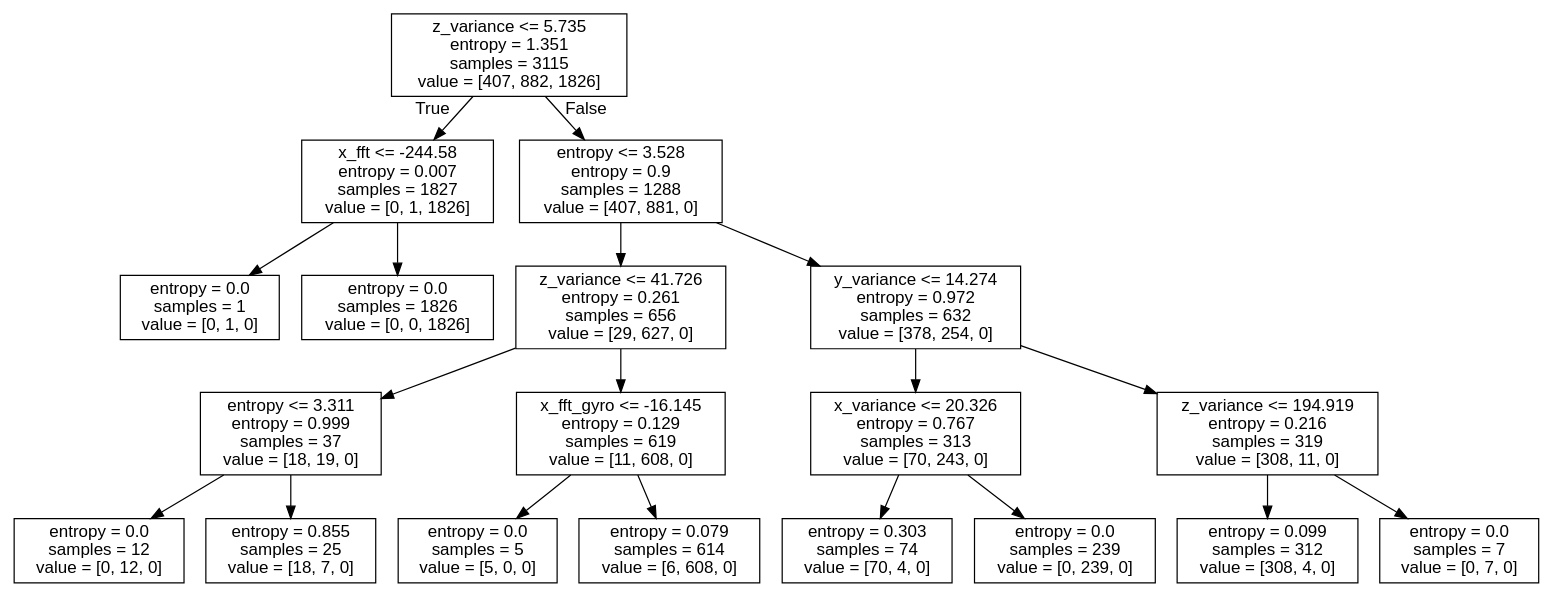
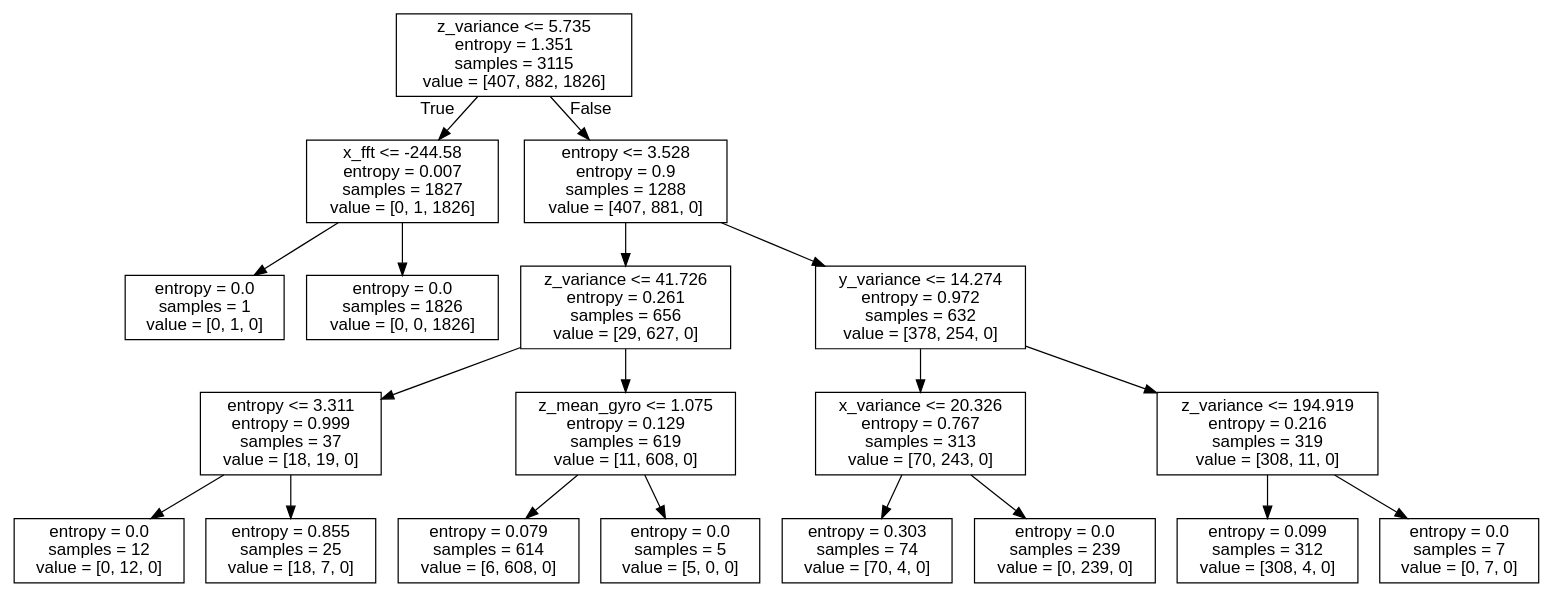
One commit to WeiLi-hub/CS328-group16-finalproject changed the diagram in tree.dot. Above: the diagram before and after it, drawn with Graphviz. The commit also changed 3 other files, not shown here.

```diff
--- a/tree.dot
+++ b/tree.dot
@@ -1,41 +1,41 @@
 digraph Tree {
 node [shape=box, fontname="helvetica"] ;
 edge [fontname="helvetica"] ;
 0 [label="z_variance <= 5.735\nentropy = 1.351\nsamples = 3115\nvalue = [407, 882, 1826]"] ;
 1 [label="x_fft <= -244.58\nentropy = 0.007\nsamples = 1827\nvalue = [0, 1, 1826]"] ;
 0 -> 1 [labeldistance=2.5, labelangle=45, headlabel="True"] ;
 2 [label="entropy = 0.0\nsamples = 1\nvalue = [0, 1, 0]"] ;
 1 -> 2 ;
 3 [label="entropy = 0.0\nsamples = 1826\nvalue = [0, 0, 1826]"] ;
 1 -> 3 ;
 4 [label="entropy <= 3.528\nentropy = 0.9\nsamples = 1288\nvalue = [407, 881, 0]"] ;
 0 -> 4 [labeldistance=2.5, labelangle=-45, headlabel="False"] ;
 5 [label="z_variance <= 41.726\nentropy = 0.261\nsamples = 656\nvalue = [29, 627, 0]"] ;
 4 -> 5 ;
 6 [label="entropy <= 3.311\nentropy = 0.999\nsamples = 37\nvalue = [18, 19, 0]"] ;
 5 -> 6 ;
 7 [label="entropy = 0.0\nsamples = 12\nvalue = [0, 12, 0]"] ;
 6 -> 7 ;
 8 [label="entropy = 0.855\nsamples = 25\nvalue = [18, 7, 0]"] ;
 6 -> 8 ;
-9 [label="x_fft_gyro <= -16.145\nentropy = 0.129\nsamples = 619\nvalue = [11, 608, 0]"] ;
+9 [label="z_mean_gyro <= 1.075\nentropy = 0.129\nsamples = 619\nvalue = [11, 608, 0]"] ;
 5 -> 9 ;
-10 [label="entropy = 0.0\nsamples = 5\nvalue = [5, 0, 0]"] ;
+10 [label="entropy = 0.079\nsamples = 614\nvalue = [6, 608, 0]"] ;
 9 -> 10 ;
-11 [label="entropy = 0.079\nsamples = 614\nvalue = [6, 608, 0]"] ;
+11 [label="entropy = 0.0\nsamples = 5\nvalue = [5, 0, 0]"] ;
 9 -> 11 ;
 12 [label="y_variance <= 14.274\nentropy = 0.972\nsamples = 632\nvalue = [378, 254, 0]"] ;
 4 -> 12 ;
 13 [label="x_variance <= 20.326\nentropy = 0.767\nsamples = 313\nvalue = [70, 243, 0]"] ;
 12 -> 13 ;
 14 [label="entropy = 0.303\nsamples = 74\nvalue = [70, 4, 0]"] ;
 13 -> 14 ;
 15 [label="entropy = 0.0\nsamples = 239\nvalue = [0, 239, 0]"] ;
 13 -> 15 ;
 16 [label="z_variance <= 194.919\nentropy = 0.216\nsamples = 319\nvalue = [308, 11, 0]"] ;
 12 -> 16 ;
 17 [label="entropy = 0.099\nsamples = 312\nvalue = [308, 4, 0]"] ;
 16 -> 17 ;
 18 [label="entropy = 0.0\nsamples = 7\nvalue = [0, 7, 0]"] ;
 16 -> 18 ;
 }
```
